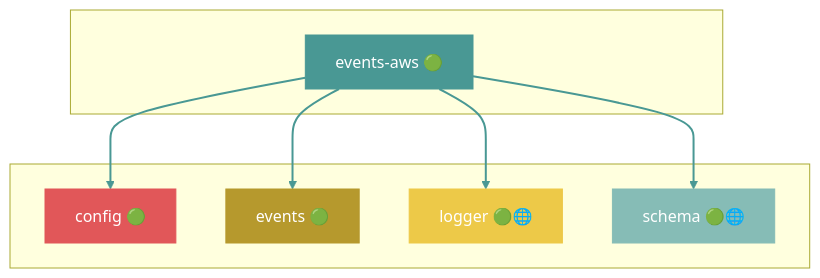
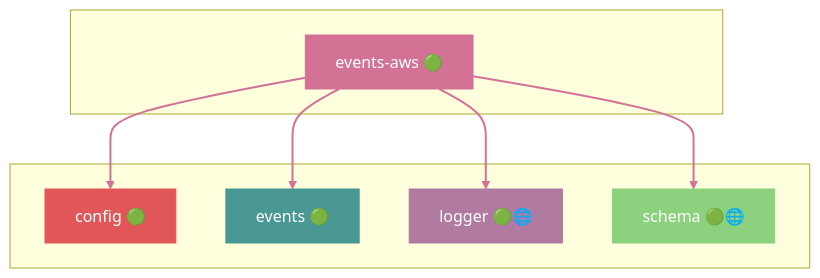
Before and after one commit to grest-ts/grest-ts: diagram 16 of 41 in docs/DEPENDENCIES.md, drawn with Mermaid. The commit also changed other lines of this file and 29 other files, not shown here.

````diff
--- a/docs/DEPENDENCIES.md
+++ b/docs/DEPENDENCIES.md
@@ -847,25 +857,25 @@
 ```mermaid
 flowchart TB
     subgraph Package[" "]
         events-aws["events-aws 🟢"]
     end
     subgraph Dependencies[" "]
         config["config 🟢"]
         events["events 🟢"]
         logger["logger 🟢🌐"]
         schema["schema 🟢🌐"]
     end
     events-aws --> config
     events-aws --> events
     events-aws --> logger
     events-aws --> schema
-    style events-aws fill:#499894,stroke:#499894,color:#fff
+    style events-aws fill:#D37295,stroke:#D37295,color:#fff
     style config fill:#E15759,stroke:#E15759,color:#fff
-    style events fill:#B6992D,stroke:#B6992D,color:#fff
-    style logger fill:#EDC948,stroke:#EDC948,color:#fff
-    style schema fill:#86BCB6,stroke:#86BCB6,color:#fff
-    linkStyle 0 stroke:#499894,stroke-width:2px
-    linkStyle 1 stroke:#499894,stroke-width:2px
-    linkStyle 2 stroke:#499894,stroke-width:2px
-    linkStyle 3 stroke:#499894,stroke-width:2px
+    style events fill:#499894,stroke:#499894,color:#fff
+    style logger fill:#B07AA1,stroke:#B07AA1,color:#fff
+    style schema fill:#8CD17D,stroke:#8CD17D,color:#fff
+    linkStyle 0 stroke:#D37295,stroke-width:2px
+    linkStyle 1 stroke:#D37295,stroke-width:2px
+    linkStyle 2 stroke:#D37295,stroke-width:2px
+    linkStyle 3 stroke:#D37295,stroke-width:2px
 ```
````
